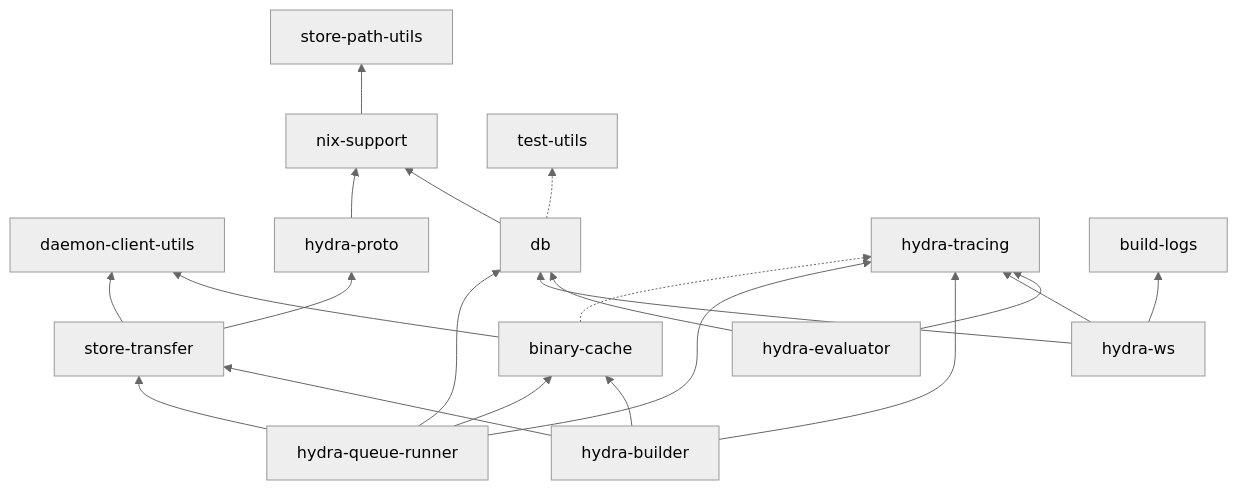
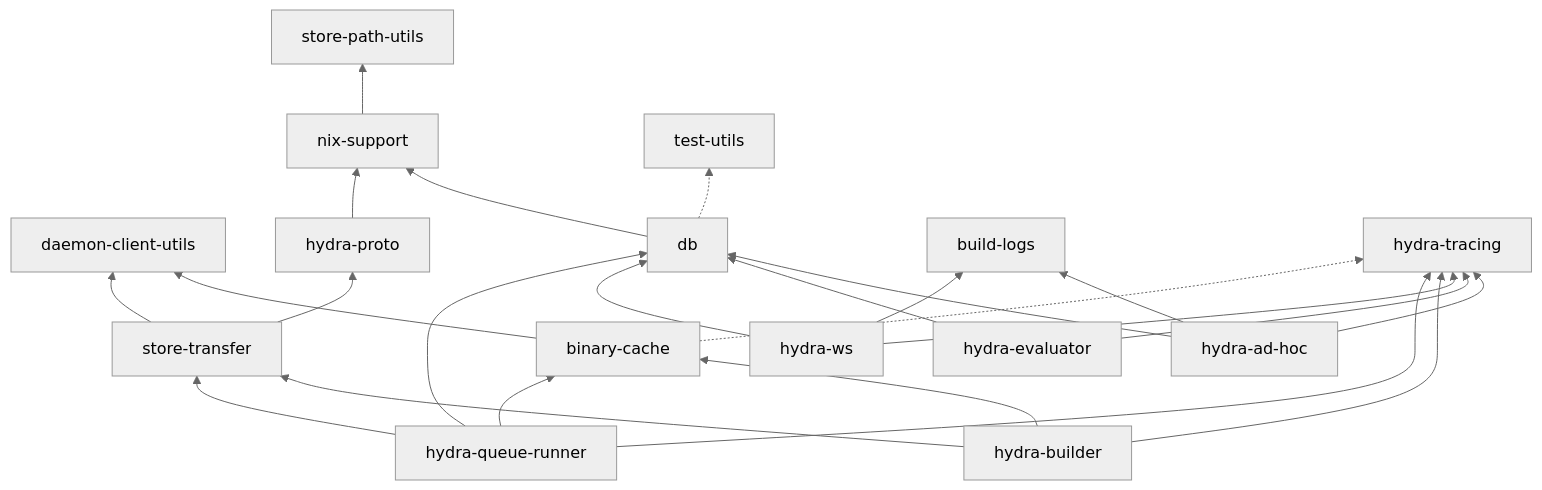
One commit to NixOS/hydra changed the diagram in subprojects/hydra-manual/src/architecture.md. Above: the diagram before and after it, drawn with Mermaid (neutral theme). The commit also changed other lines of this file and 47 other files, not shown here.

````diff
--- a/subprojects/hydra-manual/src/architecture.md
+++ b/subprojects/hydra-manual/src/architecture.md
@@ -66,23 +73,26 @@
 ```mermaid
 graph BT
     binary-cache --> daemon-client-utils
     nix-support --> store-path-utils
     db --> nix-support
     hydra-proto --> nix-support
+    hydra-ad-hoc --> build-logs
+    hydra-ad-hoc --> db
+    hydra-ad-hoc --> hydra-tracing
     hydra-evaluator --> db
     hydra-evaluator --> hydra-tracing
     hydra-ws --> build-logs
     hydra-ws --> db
     hydra-ws --> hydra-tracing
     store-transfer --> daemon-client-utils
     store-transfer --> hydra-proto
     hydra-builder --> binary-cache
     hydra-builder --> hydra-tracing
     hydra-builder --> store-transfer
     hydra-queue-runner --> binary-cache
     hydra-queue-runner --> db
     hydra-queue-runner --> hydra-tracing
     hydra-queue-runner --> store-transfer
     binary-cache -.-> hydra-tracing
     db -.-> test-utils
 ```
````
